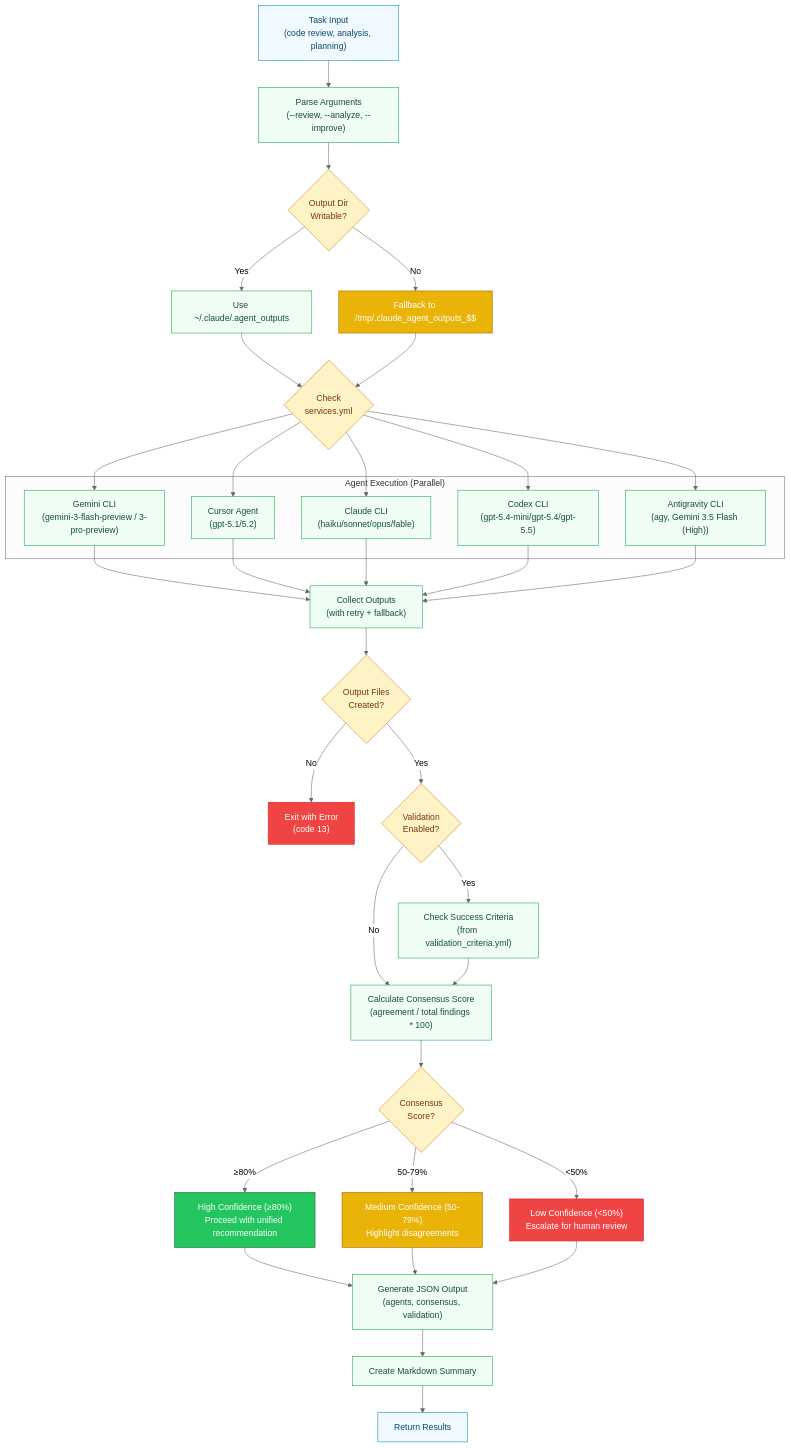
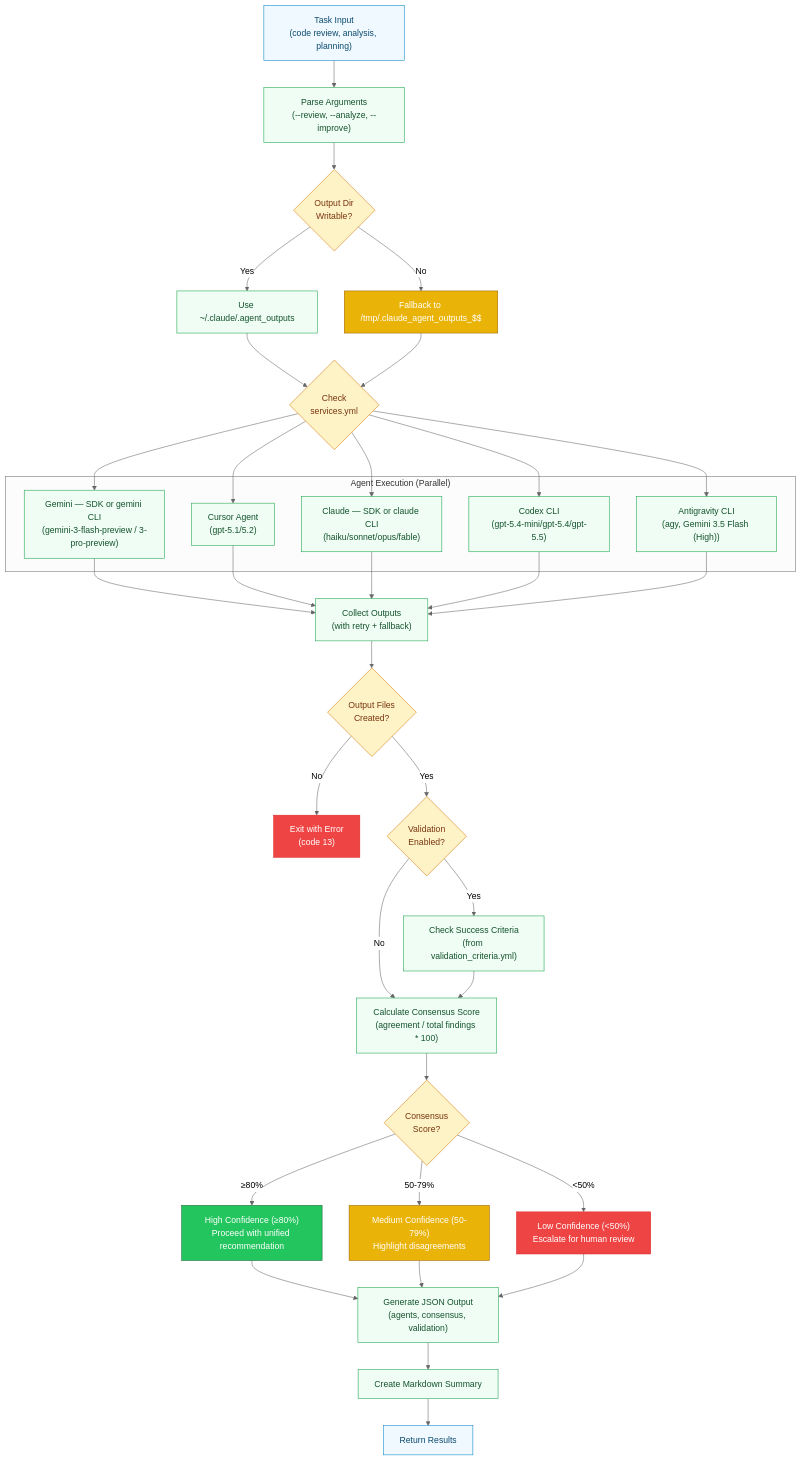
Before and after one commit to RB-chrismandich/Manifest: the seventh of 17 diagrams in docs/ARCHITECTURE_DIAGRAMS.md, drawn with Mermaid. The commit also changed other lines of this file and 5 other files, not shown here.

```diff
--- a/docs/ARCHITECTURE_DIAGRAMS.md
+++ b/docs/ARCHITECTURE_DIAGRAMS.md
@@ -530,9 +570,9 @@
     CHECK_SERVICES{"Check<br/>services.yml"}:::decision
 
     subgraph "Agent Execution (Parallel)"
-        GEMINI_EXEC["Gemini CLI<br/>(gemini-3-flash-preview / 3-pro-preview)"]:::process
+        GEMINI_EXEC["Gemini — SDK or gemini CLI<br/>(gemini-3-flash-preview / 3-pro-preview)"]:::process
         CURSOR_EXEC["Cursor Agent<br/>(gpt-5.1/5.2)"]:::process
-        CLAUDE_EXEC["Claude CLI<br/>(haiku/sonnet/opus/fable)"]:::process
+        CLAUDE_EXEC["Claude — SDK or claude CLI<br/>(haiku/sonnet/opus/fable)"]:::process
         CODEX_EXEC["Codex CLI<br/>(gpt-5.4-mini/gpt-5.4/gpt-5.5)"]:::process
         AGY_EXEC["Antigravity CLI<br/>(agy, Gemini 3.5 Flash (High))"]:::process
     end
```
